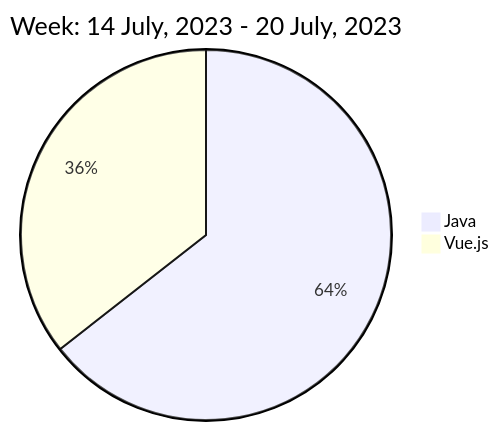
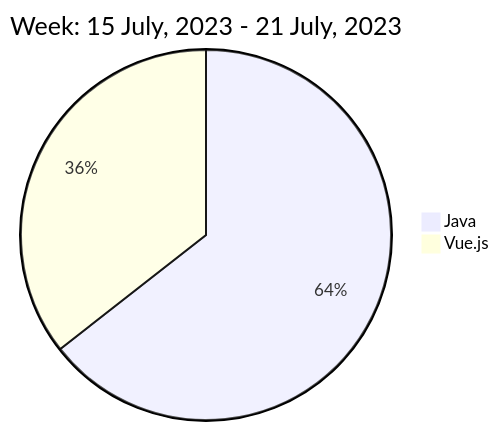
The diagram in README.md (liubin95/liubin95), drawn with Mermaid before and after one commit.

Commit message:
Updated the Graph with new Metrics

````diff
--- a/README.md
+++ b/README.md
@@ -40,6 +40,6 @@
 ```mermaid
  pie
-title Week: 14 July, 2023 - 20 July, 2023
+title Week: 15 July, 2023 - 21 July, 2023
  "Java" : 8.37
  "Vue.js" : 4.62
 ```
````
